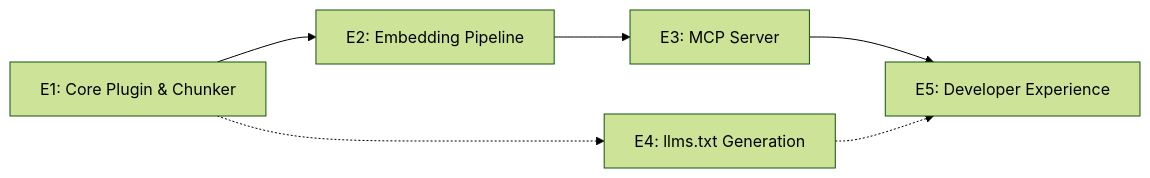
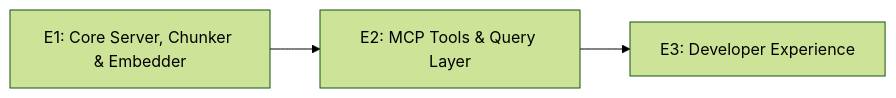
One commit to danhannah94/csdlc-docs changed the third of 3 diagrams in docs/projects/llmkdocs/design.md. Above: the diagram before and after it, drawn with Mermaid (forest theme). The commit also changed other lines of this file, not shown here.

Commit message:
refine: major architecture shift — standalone MCP server, all-TypeScript, decoupled from mkdocs, self-managing indexing, 3 epics for MVP

````diff
--- a/docs/projects/llmkdocs/design.md
+++ b/docs/projects/llmkdocs/design.md
@@ -550,8 +580,5 @@
 ```mermaid
 graph LR
-    E1[E1: Core Plugin & Chunker] --> E2[E2: Embedding Pipeline]
-    E2 --> E3[E3: MCP Server]
-    E1 -.-> E4[E4: llms.txt Generation]
-    E3 --> E5[E5: Developer Experience]
-    E4 -.-> E5
+    E1[E1: Core Server, Chunker & Embedder] --> E2[E2: MCP Tools & Query Layer]
+    E2 --> E3[E3: Developer Experience]
 ```
````
